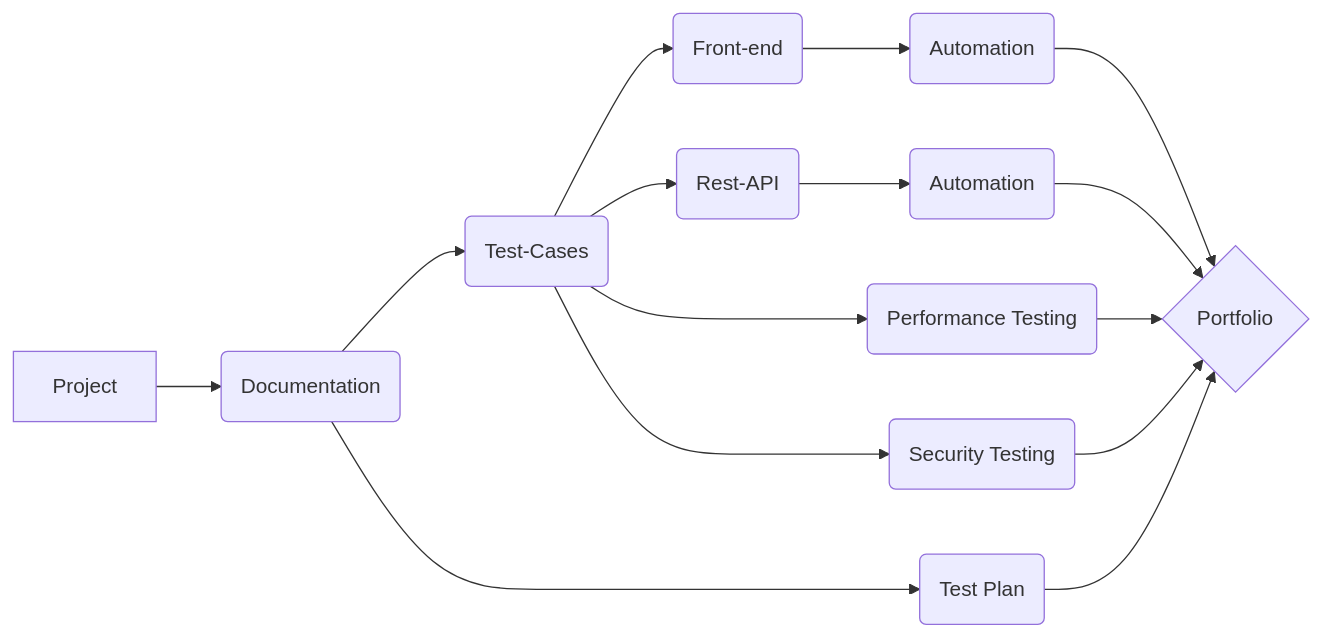
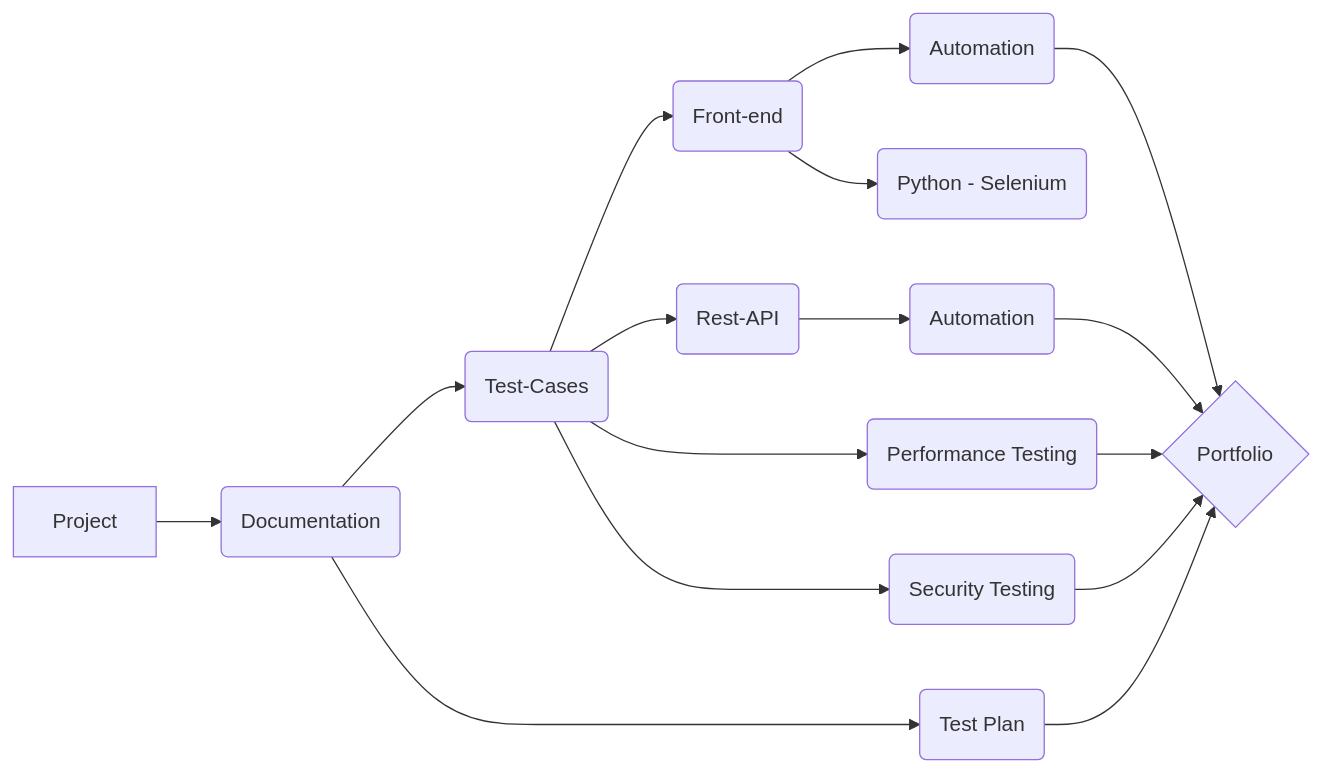
Before and after one commit to N-Uladzislau/Portfolio_Project: the diagram in README.md, drawn with Mermaid.

````diff
--- a/README.md
+++ b/README.md
@@ -2,9 +2,10 @@
 ```mermaid
 graph LR
 A[Project] --> B(Documentation) --> C(Test-Cases)
 C --> Q(Front-end) --> W(Automation) --> F{Portfolio}
 C --> D(Rest-API) --> E(Automation) --> F{Portfolio}
 C --> R(Performance Testing) --> F{Portfolio}
 C --> Y(Security Testing) --> F{Portfolio}
 B --> U(Test Plan) --> F{Portfolio}
+Q --> I(Python - Selenium)
 ```
````
